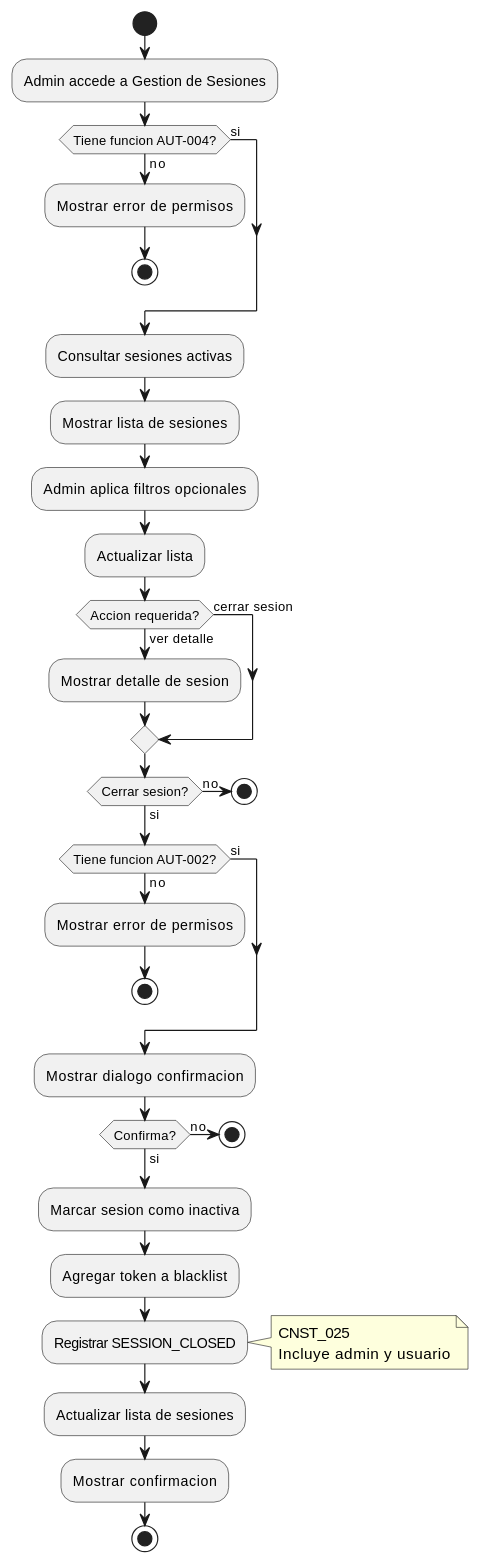
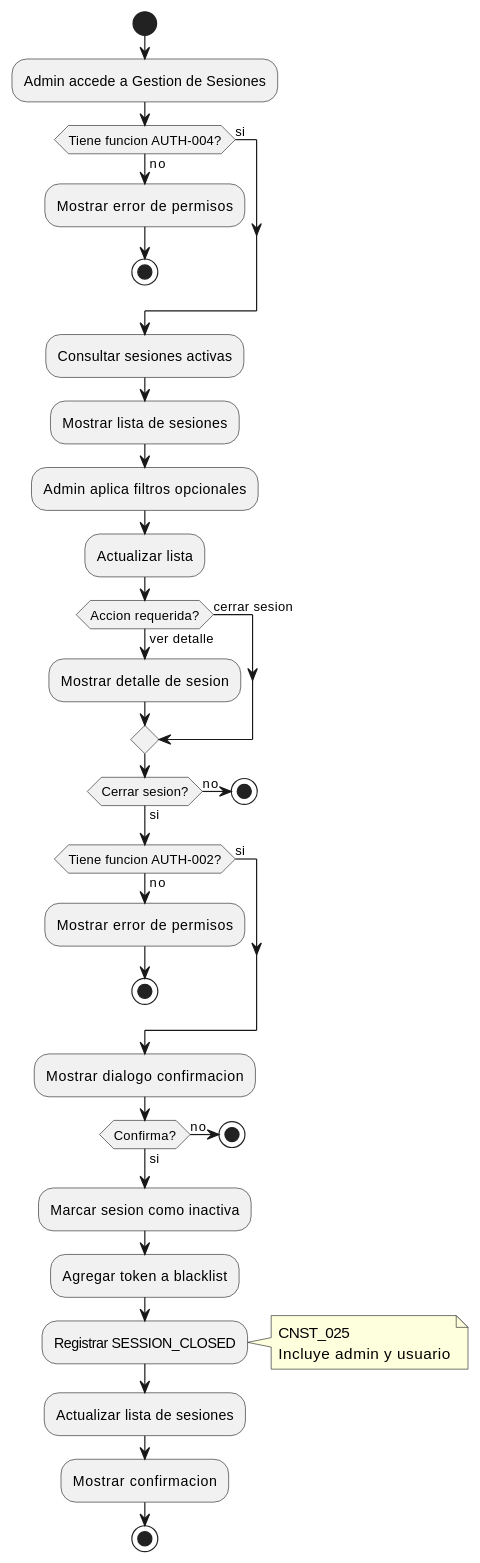
One commit to jcg-admin/IACT-docs changed the third of 3 diagrams in source/requisitos/casos-uso/auth/uc-auth-05-gestionar-sesiones.rst. Above: the diagram before and after it, drawn with PlantUML. The commit also changed other lines of this file and 8 other files, not shown here.

```diff
--- a/source/requisitos/casos-uso/auth/uc-auth-05-gestionar-sesiones.rst
+++ b/source/requisitos/casos-uso/auth/uc-auth-05-gestionar-sesiones.rst
@@ -444,63 +444,63 @@
 .. uml::
  :caption: Diagrama de Actividad - UC_AUTH_05
 
  @startuml
 
  start
 
  :Admin accede a Gestion de Sesiones;
 
- if (Tiene funcion AUT-004?) then (no)
+ if (Tiene funcion AUTH-004?) then (no)
  :Mostrar error de permisos;
  stop
  else (si)
  endif
 
  :Consultar sesiones activas;
 
  :Mostrar lista de sesiones;
 
  :Admin aplica filtros opcionales;
 
  :Actualizar lista;
 
  if (Accion requerida?) then (ver detalle)
  :Mostrar detalle de sesion;
  else (cerrar sesion)
  endif
 
  if (Cerrar sesion?) then (no)
  stop
  else (si)
  endif
 
- if (Tiene funcion AUT-002?) then (no)
+ if (Tiene funcion AUTH-002?) then (no)
  :Mostrar error de permisos;
  stop
  else (si)
  endif
 
  :Mostrar dialogo confirmacion;
 
  if (Confirma?) then (no)
  stop
  else (si)
  endif
 
  :Marcar sesion como inactiva;
 
  :Agregar token a blacklist;
 
  :Registrar SESSION_CLOSED;
  note right
  CNST_025
  Incluye admin y usuario
  end note
 
  :Actualizar lista de sesiones;
 
  :Mostrar confirmacion;
 
  stop
 
  @enduml
```
